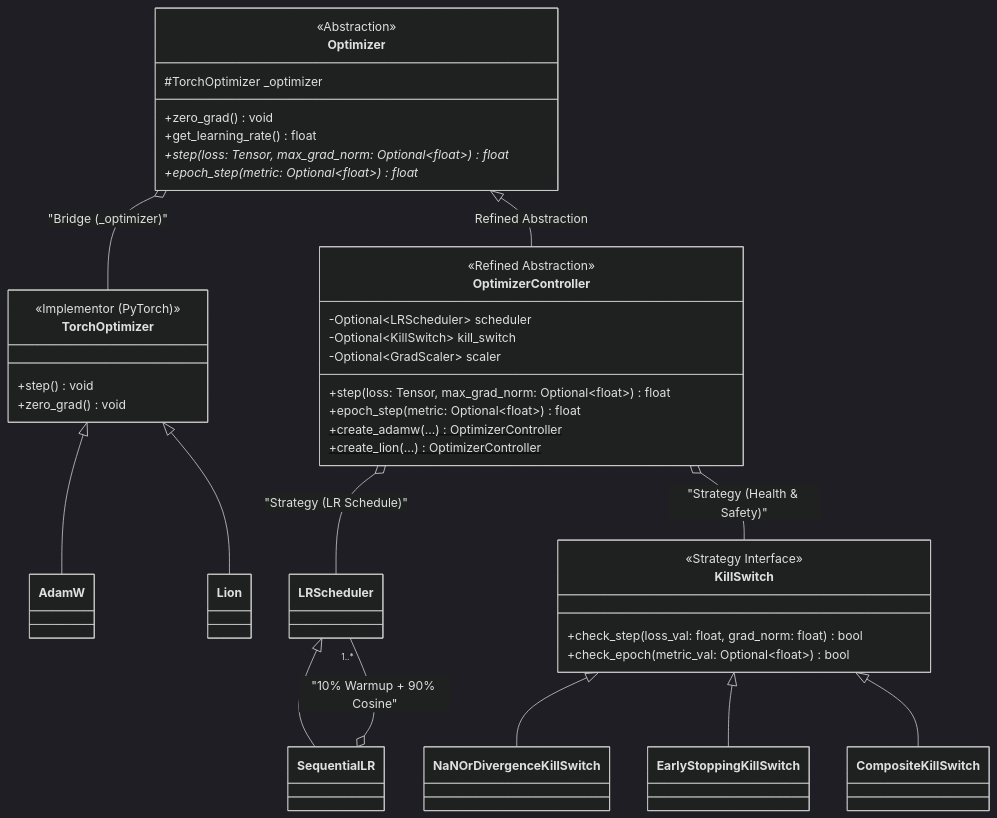
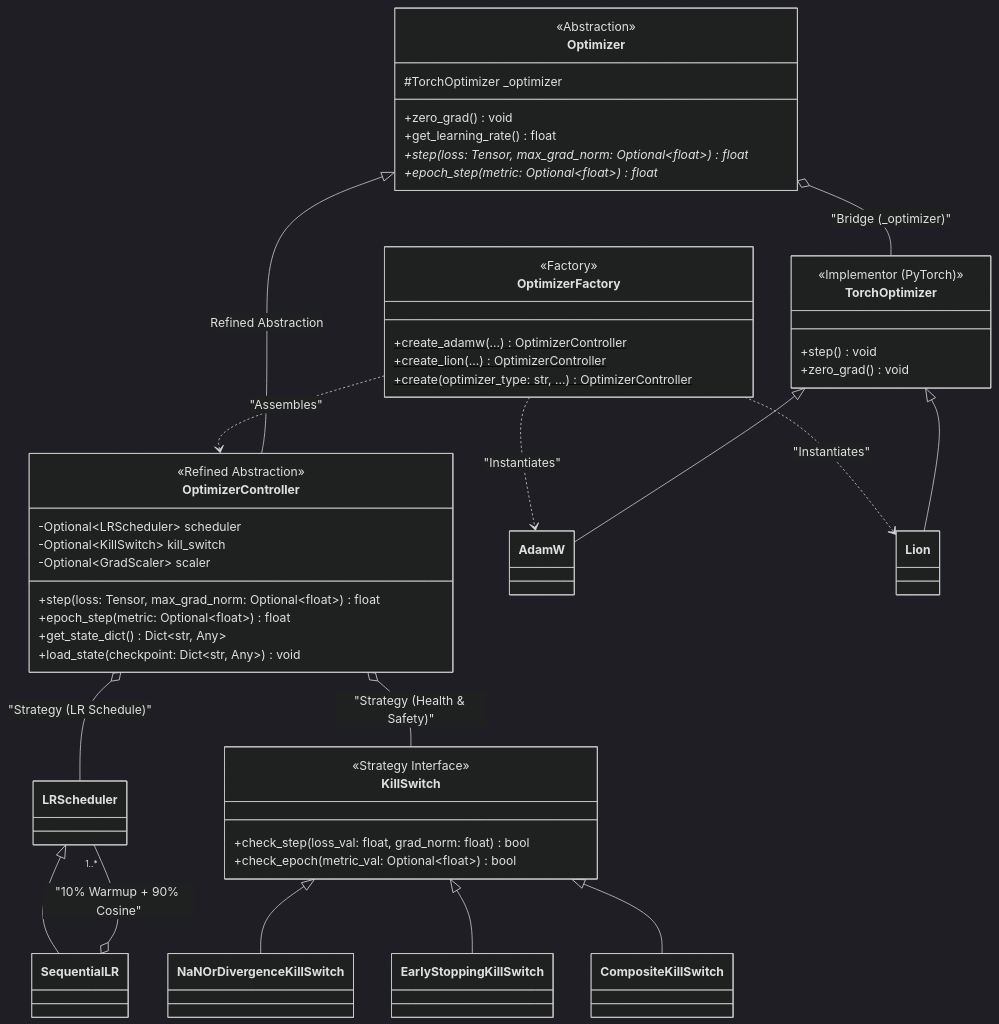
Before and after one commit to ABaltanas/TransformerSurrogatesPDEs-GuidedResearch: the third of 5 diagrams in doc/arquitecture/training_architecture.md, drawn with Mermaid (dark theme). The commit also changed other lines of this file, not shown here.

Commit message:
docs(training): document OptimizerFactory and pure Bridge pattern domain separation

````diff
--- a/doc/arquitecture/training_architecture.md
+++ b/doc/arquitecture/training_architecture.md
@@ -289,55 +301,69 @@
 ```mermaid
 classDiagram
 direction TB
+%% ==========================================
+%% PATRÓN CREACIONAL: Factory
+%% ==========================================
+OptimizerFactory ..> OptimizerController : "Assembles"
+OptimizerFactory ..> AdamW : "Instantiates"
+OptimizerFactory ..> Lion : "Instantiates"
+
 %% ==========================================
 %% PATRÓN BRIDGE: Abstracción <--> Implementor
 %% ==========================================
 Optimizer <|-- OptimizerController : Refined Abstraction
 Optimizer o-- TorchOptimizer : "Bridge (_optimizer)"
 TorchOptimizer <|-- AdamW
 TorchOptimizer <|-- Lion
 
 %% ==========================================
 %% PATRÓN STRATEGY: En el Dominio de Aplicación
 %% ==========================================
 OptimizerController o-- LRScheduler : "Strategy (LR Schedule)"
 OptimizerController o-- KillSwitch : "Strategy (Health & Safety)"
 
 LRScheduler <|-- SequentialLR
 SequentialLR o-- "1..*" LRScheduler : "10% Warmup + 90% Cosine"
 KillSwitch <|-- NaNOrDivergenceKillSwitch
 KillSwitch <|-- EarlyStoppingKillSwitch
 KillSwitch <|-- CompositeKillSwitch
 
 class Optimizer {
     <<Abstraction>>
     #TorchOptimizer _optimizer
     +zero_grad() void
     +get_learning_rate() float
     +step(loss: Tensor, max_grad_norm: Optional~float~)* float
     +epoch_step(metric: Optional~float~)* float
 }
 
 class OptimizerController {
     <<Refined Abstraction>>
     -Optional~LRScheduler~ scheduler
     -Optional~KillSwitch~ kill_switch
     -Optional~GradScaler~ scaler
     +step(loss: Tensor, max_grad_norm: Optional~float~) float
     +epoch_step(metric: Optional~float~) float
+    +get_state_dict() Dict~str, Any~
+    +load_state(checkpoint: Dict~str, Any~) void
+}
+
+class OptimizerFactory {
+    <<Factory>>
     +create_adamw(...) OptimizerController$
     +create_lion(...) OptimizerController$
+    +create(optimizer_type: str, ...) OptimizerController$
 }
 
 class TorchOptimizer {
     <<Implementor (PyTorch)>>
     +step() void
     +zero_grad() void
 }
 
 class KillSwitch {
     <<Strategy Interface>>
     +check_step(loss_val: float, grad_norm: float) bool
     +check_epoch(metric_val: Optional~float~) bool
 }
 ```
````
